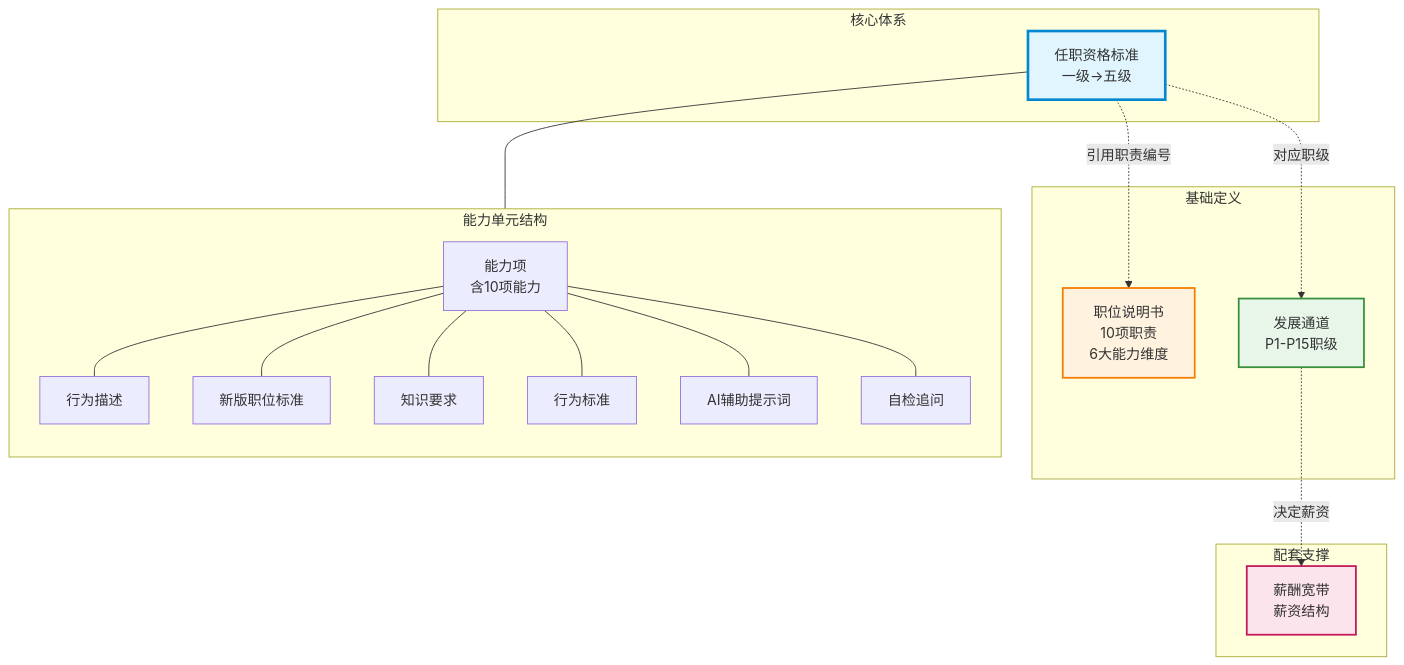
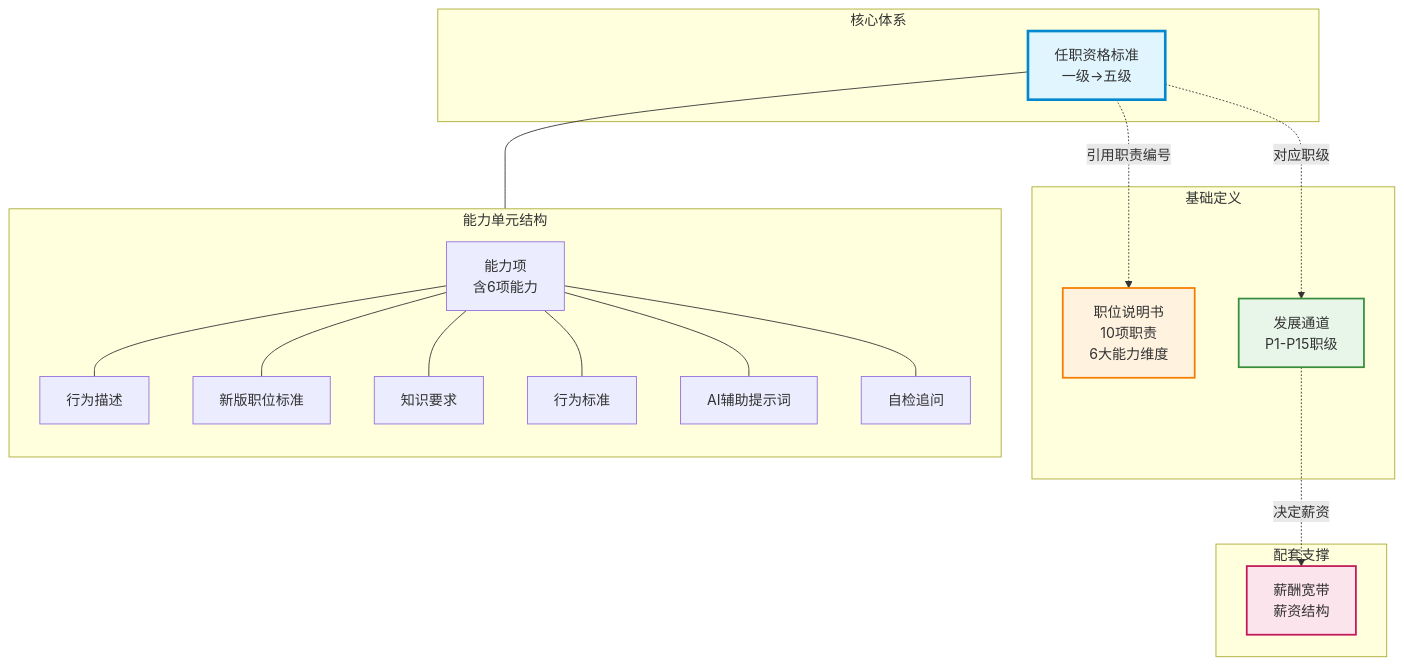
Before and after one commit to Pangbei-WQ/NLIVE-workspace: the first of 5 diagrams in raw/知识归档/知识档案/任职资格/PMC经理任职资格/05-关系图谱.md, drawn with Mermaid. The commit also changed other lines of this file and 2 other files, not shown here.

````diff
--- a/raw/知识归档/知识档案/任职资格/PMC经理任职资格/05-关系图谱.md
+++ b/raw/知识归档/知识档案/任职资格/PMC经理任职资格/05-关系图谱.md
@@ -20,43 +20,43 @@
 ```mermaid
 graph TB
     subgraph 核心体系
         QUAL[任职资格标准<br/>一级→五级]
     end
 
     subgraph 基础定义
         JD[职位说明书<br/>10项职责<br/>6大能力维度]
         PATH[发展通道<br/>P1-P15职级]
     end
 
     subgraph 配套支撑
         SAL[薪酬宽带<br/>薪资结构]
     end
 
     subgraph 能力单元结构
         direction TB
-        AB[能力项<br/>含10项能力]
+        AB[能力项<br/>含6项能力]
         BD[行为描述]
         NS[新版职位标准]
         KR[知识要求]
         BS[行为标准]
         AI[AI辅助提示词]
         SC[自检追问]
     end
 
     QUAL --- AB
     AB --- BD
     AB --- NS
     AB --- KR
     AB --- BS
     AB --- AI
     AB --- SC
 
     QUAL -.->|对应职级| PATH
     QUAL -.->|引用职责编号| JD
     PATH -.->|决定薪资| SAL
 
     style QUAL fill:#e1f5fe,stroke:#0288d1,stroke-width:3px
     style JD fill:#fff3e0,stroke:#f57c00,stroke-width:2px
     style PATH fill:#e8f5e9,stroke:#388e3c,stroke-width:2px
     style SAL fill:#fce4ec,stroke:#c2185b,stroke-width:2px
 ```
````
